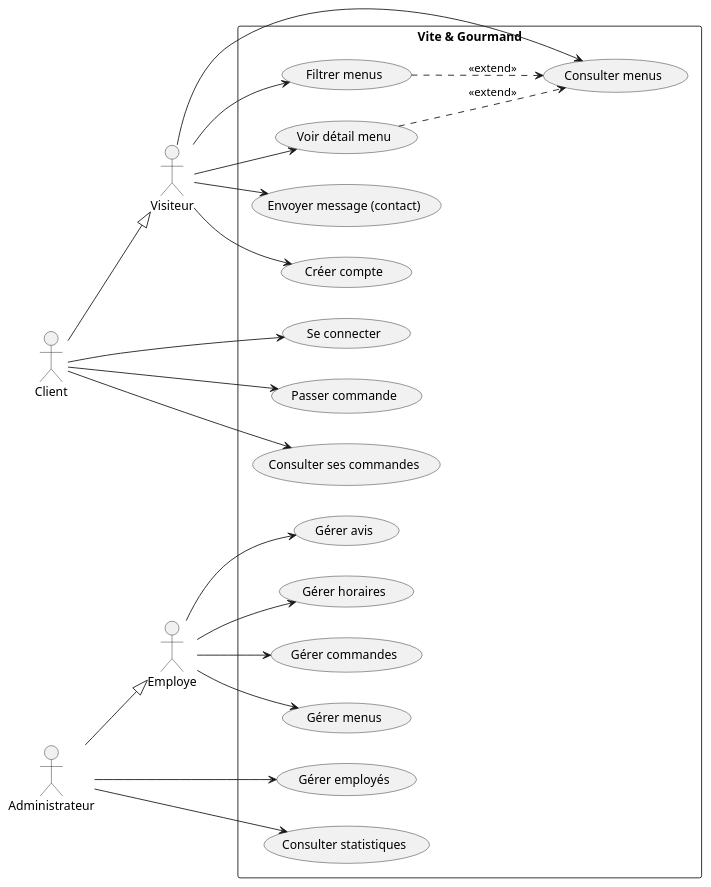
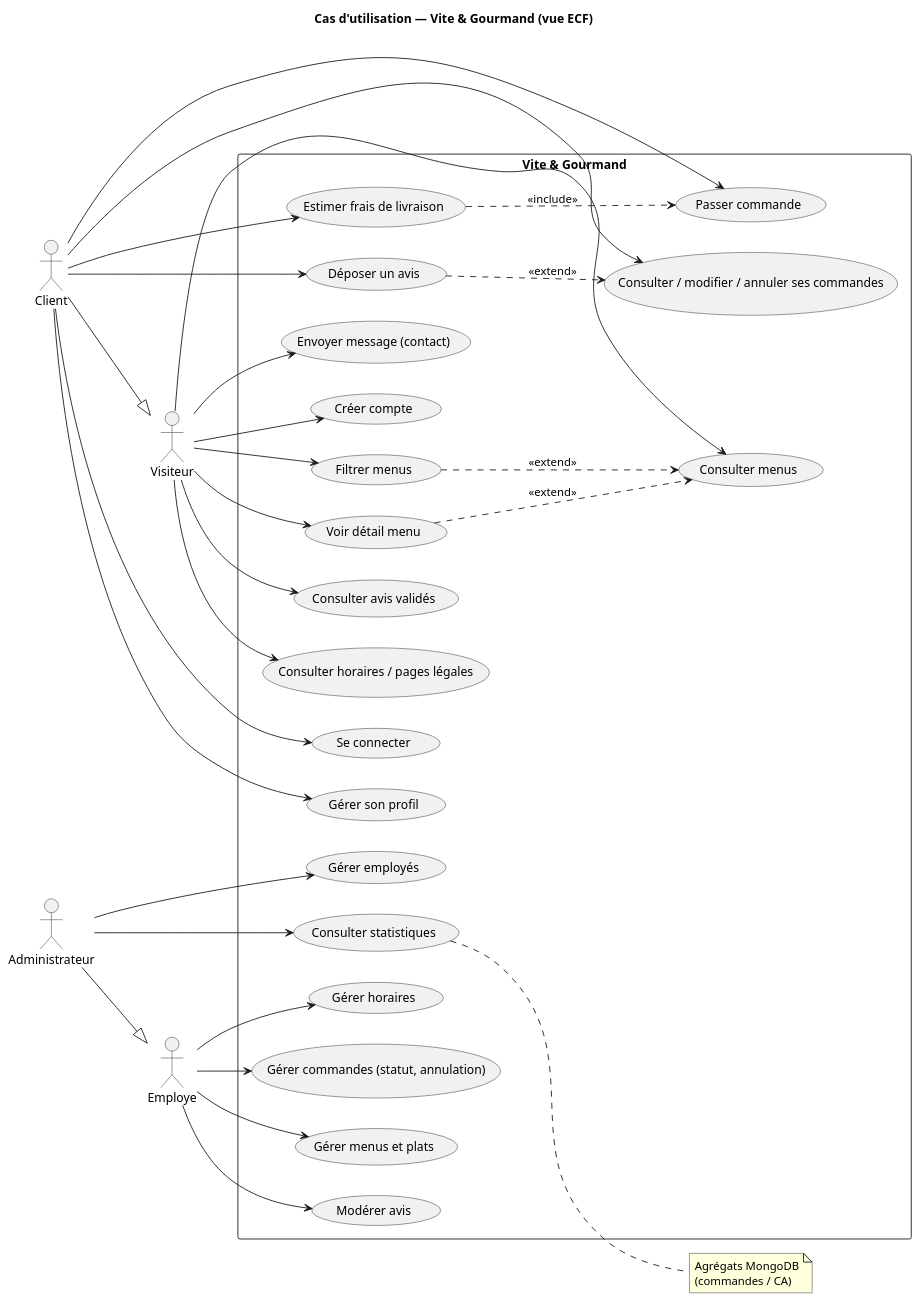
The diagram in docs/diagrammes/cas-utilisation.puml (Meldince6790/vite-et-gourmand), drawn with PlantUML before and after one commit. The commit also changed 21 other files, not shown here.

```diff
--- a/docs/diagrammes/cas-utilisation.puml
+++ b/docs/diagrammes/cas-utilisation.puml
@@ -1,72 +1,90 @@
-@startuml CasUtilisation
+@startuml cas-utilisation
 left to right direction
+title Cas d'utilisation — Vite & Gourmand (vue ECF)
 
 '========================
 ' ACTEURS
 '========================
 actor Visiteur
 actor Client
 actor Employe
 actor Administrateur
 
 Client --|> Visiteur
 Administrateur --|> Employe
 
 '========================
 ' SYSTEME
 '========================
 rectangle "Vite & Gourmand" {
 
   '--- VISITEUR ---
   usecase "Consulter menus" as UC1
   usecase "Filtrer menus" as UC2
   usecase "Voir détail menu" as UC3
+  usecase "Consulter avis validés" as UC15
+  usecase "Consulter horaires / pages légales" as UC16
   usecase "Envoyer message (contact)" as UC4
   usecase "Créer compte" as UC5
 
   '--- CLIENT ---
   usecase "Se connecter" as UC6
+  usecase "Gérer son profil" as UC17
+  usecase "Estimer frais de livraison" as UC18
   usecase "Passer commande" as UC7
-  usecase "Consulter ses commandes" as UC8
+  usecase "Consulter / modifier / annuler ses commandes" as UC8
+  usecase "Déposer un avis" as UC19
 
   '--- EMPLOYE ---
-  usecase "Gérer commandes" as UC9
-  usecase "Gérer menus" as UC10
-  usecase "Gérer avis" as UC11
+  usecase "Gérer commandes (statut, annulation)" as UC9
+  usecase "Gérer menus et plats" as UC10
+  usecase "Modérer avis" as UC11
   usecase "Gérer horaires" as UC12
 
   '--- ADMINISTRATEUR ---
   usecase "Gérer employés" as UC13
   usecase "Consulter statistiques" as UC14
 }
 
 '========================
 ' LIENS ACTEURS
 '========================
 
 Visiteur --> UC1
 Visiteur --> UC2
 Visiteur --> UC3
+Visiteur --> UC15
+Visiteur --> UC16
 Visiteur --> UC4
 Visiteur --> UC5
 
 Client --> UC6
+Client --> UC17
+Client --> UC18
 Client --> UC7
 Client --> UC8
+Client --> UC19
 
 Employe --> UC9
 Employe --> UC10
 Employe --> UC11
 Employe --> UC12
 
 Administrateur --> UC13
 Administrateur --> UC14
 
 '========================
-' RELATIONS ENTRE CAS D'UTILISATION
+' RELATIONS
 '========================
 
 UC2 ..> UC1 : <<extend>>
 UC3 ..> UC1 : <<extend>>
+UC18 ..> UC7 : <<include>>
+UC19 ..> UC8 : <<extend>>
+
+note right of UC14
+  Agrégats MongoDB
+  (commandes / CA)
+end note
 
 @enduml
```
